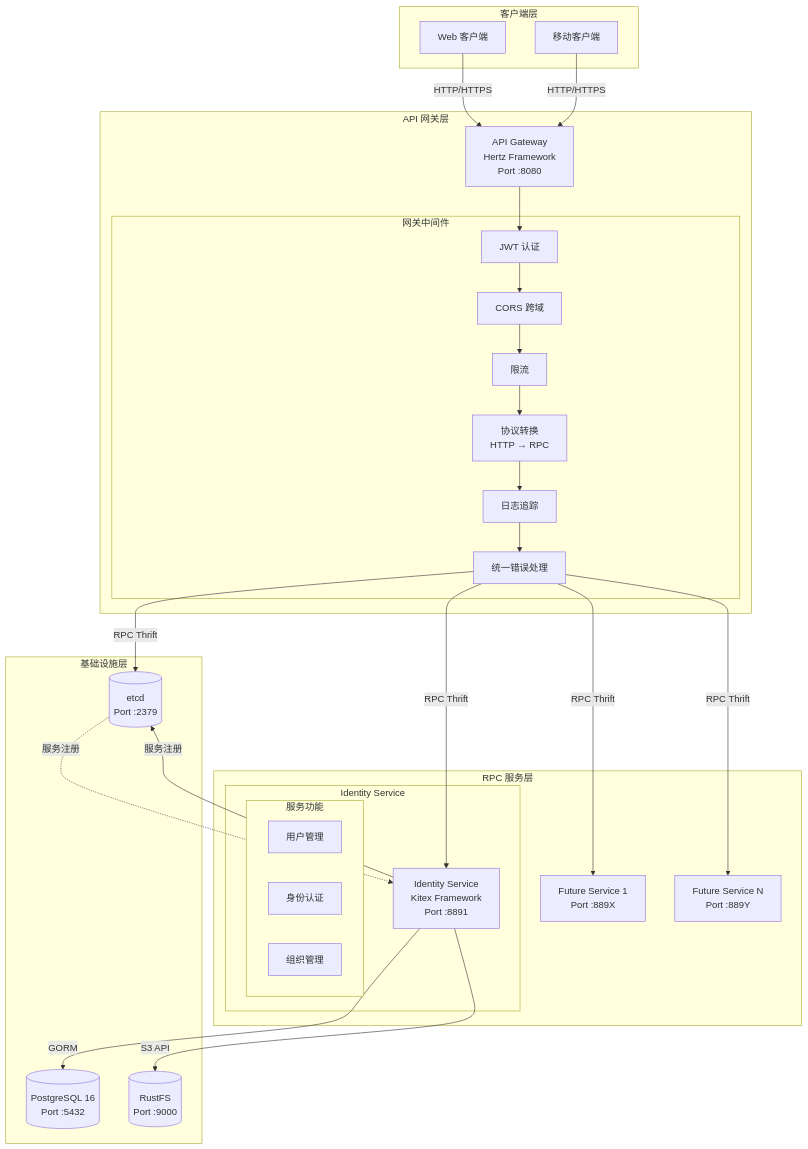
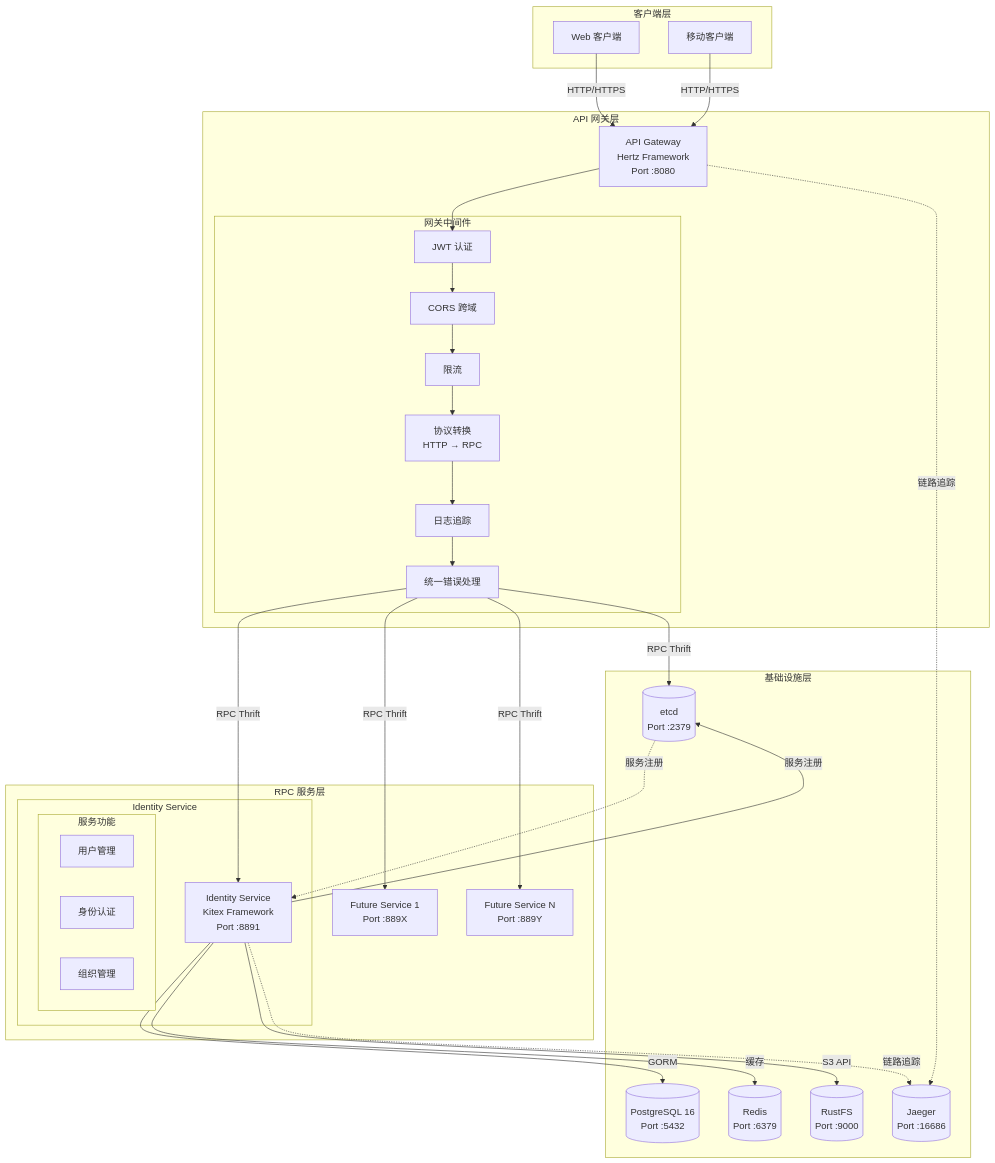
The first of 2 diagrams in docs/architecture.md (masonsxu/cloudwego-microservice-demo), drawn with Mermaid before and after one commit. The commit also changed other lines of this file and 6 other files, not shown here.

````diff
--- a/docs/architecture.md
+++ b/docs/architecture.md
@@ -18,60 +18,65 @@
 ```mermaid
 flowchart TB
     subgraph ClientLayer["客户端层"]
         WebClient[Web 客户端]
         MobileClient[移动客户端]
     end
 
     subgraph GatewayLayer["API 网关层"]
         Gateway[API Gateway<br/>Hertz Framework<br/>Port :8080]
 
         subgraph GatewayMiddleware["网关中间件"]
             JWT[JWT 认证]
             CORS[CORS 跨域]
             RateLimit[限流]
             Protocol[协议转换<br/>HTTP → RPC]
             Tracing[日志追踪]
             ErrorHandler[统一错误处理]
         end
     end
 
     subgraph ServiceLayer["RPC 服务层"]
         subgraph IdentityService["Identity Service"]
             IdentitySrv[Identity Service<br/>Kitex Framework<br/>Port :8891]
 
             subgraph IdentityFeatures["服务功能"]
                 UserMgmt[用户管理]
                 Auth[身份认证]
                 OrgMgmt[组织管理]
             end
         end
 
         FutureSrv1[Future Service 1<br/>Port :889X]
         FutureSrv2[Future Service N<br/>Port :889Y]
     end
 
     subgraph InfrastructureLayer["基础设施层"]
         PostgreSQL[(PostgreSQL 16<br/>Port :5432)]
+        Redis[(Redis<br/>Port :6379)]
         Etcd[(etcd<br/>Port :2379)]
         RustFS[(RustFS<br/>Port :9000)]
+        Jaeger[(Jaeger<br/>Port :16686)]
     end
 
     %% 客户端到网关
     WebClient -->|HTTP/HTTPS| Gateway
     MobileClient -->|HTTP/HTTPS| Gateway
 
     %% 网关内部中间件流程
     Gateway --> JWT --> CORS --> RateLimit --> Protocol --> Tracing --> ErrorHandler
 
     %% 网关到服务层
     ErrorHandler -->|RPC Thrift| Etcd
     Etcd -.->|服务注册| IdentitySrv
     ErrorHandler -->|RPC Thrift| IdentitySrv
     ErrorHandler -->|RPC Thrift| FutureSrv1
     ErrorHandler -->|RPC Thrift| FutureSrv2
 
     %% 服务到基础设施
     IdentitySrv -->|GORM| PostgreSQL
+    IdentitySrv -->|缓存| Redis
     IdentitySrv -->|服务注册| Etcd
     IdentitySrv -->|S3 API| RustFS
+    IdentitySrv -.->|链路追踪| Jaeger
+    Gateway -.->|链路追踪| Jaeger
 ```
````
